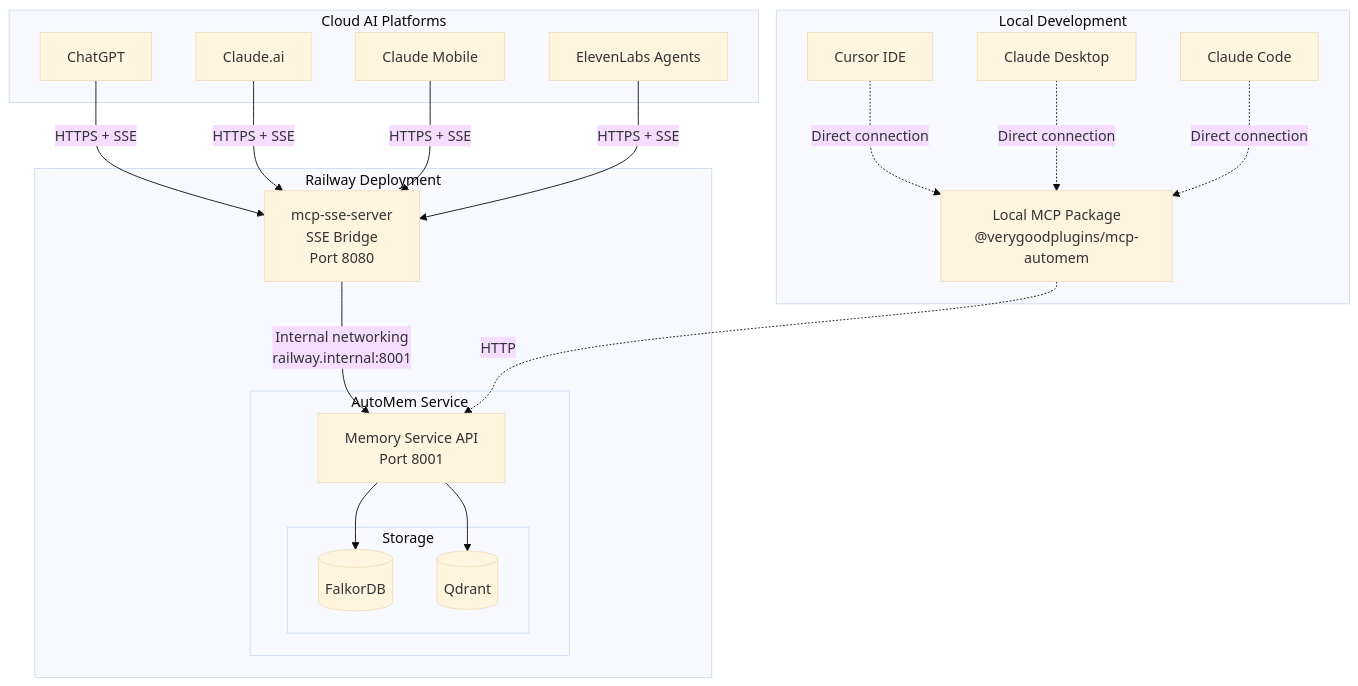
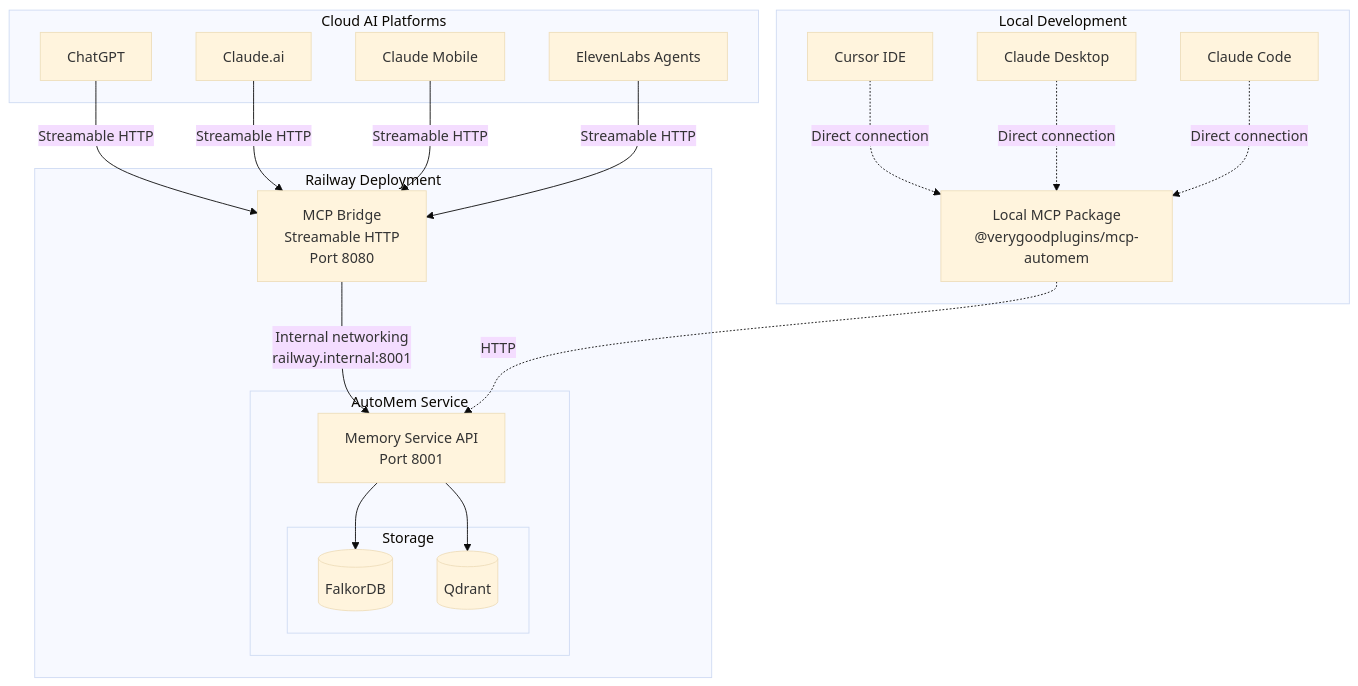
Before and after one commit to verygoodplugins/automem: the first of 2 diagrams in docs/MCP_SSE.md, drawn with Mermaid (base theme). The commit also changed other lines of this file and 2 other files, not shown here.

First line of the commit message:
docs: update diagrams for Streamable HTTP transport

````diff
--- a/docs/MCP_SSE.md
+++ b/docs/MCP_SSE.md
@@ -15,44 +15,44 @@
 ```mermaid
 flowchart TB
     subgraph cloud [Cloud AI Platforms]
         ChatGPT[ChatGPT]
         ClaudeAI[Claude.ai]
         ClaudeMobile[Claude Mobile]
         ElevenLabs[ElevenLabs Agents]
     end
 
     subgraph railway [Railway Deployment]
-        SSE[mcp-sse-server<br/>SSE Bridge<br/>Port 8080]
+        MCPBridge[MCP Bridge<br/>Streamable HTTP<br/>Port 8080]
 
         subgraph automem [AutoMem Service]
             API[Memory Service API<br/>Port 8001]
 
             subgraph storage [Storage]
                 FalkorDB[(FalkorDB)]
                 Qdrant[(Qdrant)]
             end
         end
     end
 
     subgraph local [Local Development]
         Cursor[Cursor IDE]
         ClaudeDesktop[Claude Desktop]
         ClaudeCode[Claude Code]
         LocalMCP[Local MCP Package<br/>@verygoodplugins/mcp-automem]
     end
 
-    ChatGPT -->|HTTPS + SSE| SSE
-    ClaudeAI -->|HTTPS + SSE| SSE
-    ClaudeMobile -->|HTTPS + SSE| SSE
-    ElevenLabs -->|HTTPS + SSE| SSE
+    ChatGPT -->|Streamable HTTP| MCPBridge
+    ClaudeAI -->|Streamable HTTP| MCPBridge
+    ClaudeMobile -->|Streamable HTTP| MCPBridge
+    ElevenLabs -->|Streamable HTTP| MCPBridge
 
-    SSE -->|Internal networking<br/>railway.internal:8001| API
+    MCPBridge -->|Internal networking<br/>railway.internal:8001| API
 
     API --> FalkorDB
     API --> Qdrant
 
     Cursor -.->|Direct connection| LocalMCP
     ClaudeDesktop -.->|Direct connection| LocalMCP
     ClaudeCode -.->|Direct connection| LocalMCP
     LocalMCP -.->|HTTP| API
 ```
````
